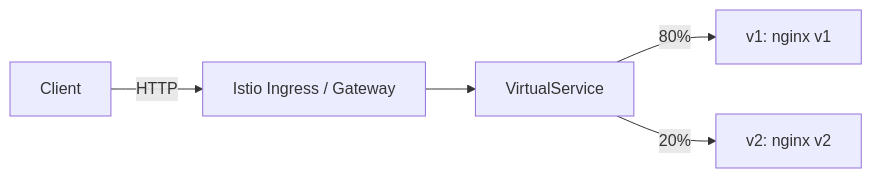
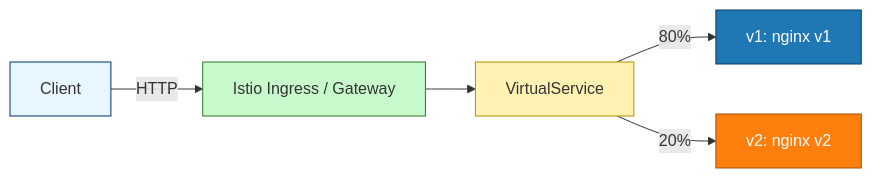
One commit to bretonne/location-rollout-demo changed the first of 3 diagrams in presentation.md. Above: the diagram before and after it, drawn with Mermaid. The commit also changed other lines of this file and 1 other file, not shown here.

````diff
--- a/presentation.md
+++ b/presentation.md
@@ -36,7 +36,19 @@
 ```mermaid
 flowchart LR
   Client -->|HTTP| IstioIngress[Istio Ingress / Gateway]
   IstioIngress --> VS[VirtualService]
   VS -->|80%| V1Svc[v1: nginx v1]
   VS -->|20%| V2Svc[v2: nginx v2]
+
+  classDef clientClass fill:#E8F6FF,stroke:#036,stroke-width:1px;
+  classDef ingressClass fill:#C7F9CC,stroke:#2a7a2a,stroke-width:1px;
+  classDef vsClass fill:#FFF2B2,stroke:#b38f00,stroke-width:1px;
+  classDef v1Class fill:#1f77b4,stroke:#0b3a66,color:#ffffff,stroke-width:1px;
+  classDef v2Class fill:#ff7f0e,stroke:#a54e00,color:#ffffff,stroke-width:1px;
+
+  class Client clientClass;
+  class IstioIngress ingressClass;
+  class VS vsClass;
+  class V1Svc v1Class;
+  class V2Svc v2Class;
 ```
````
